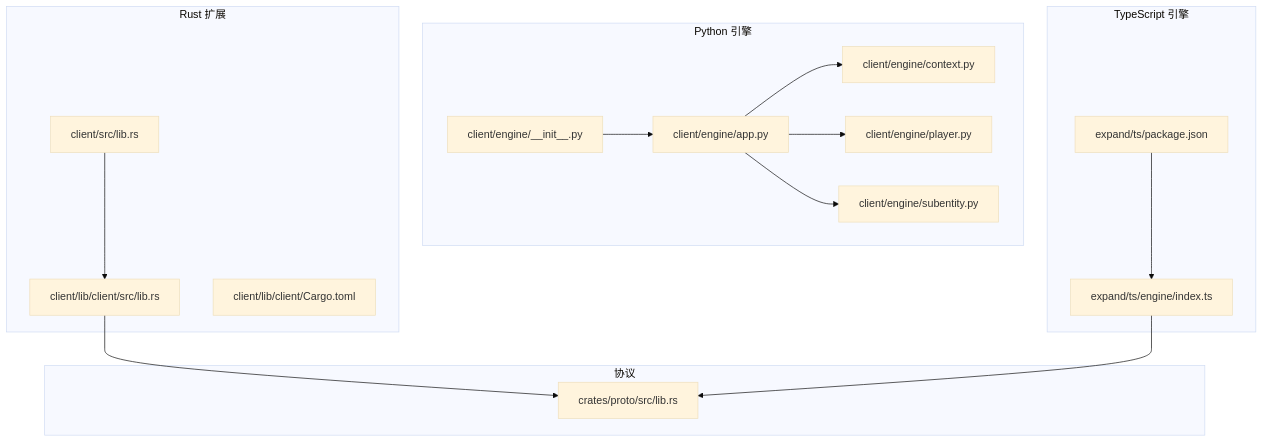
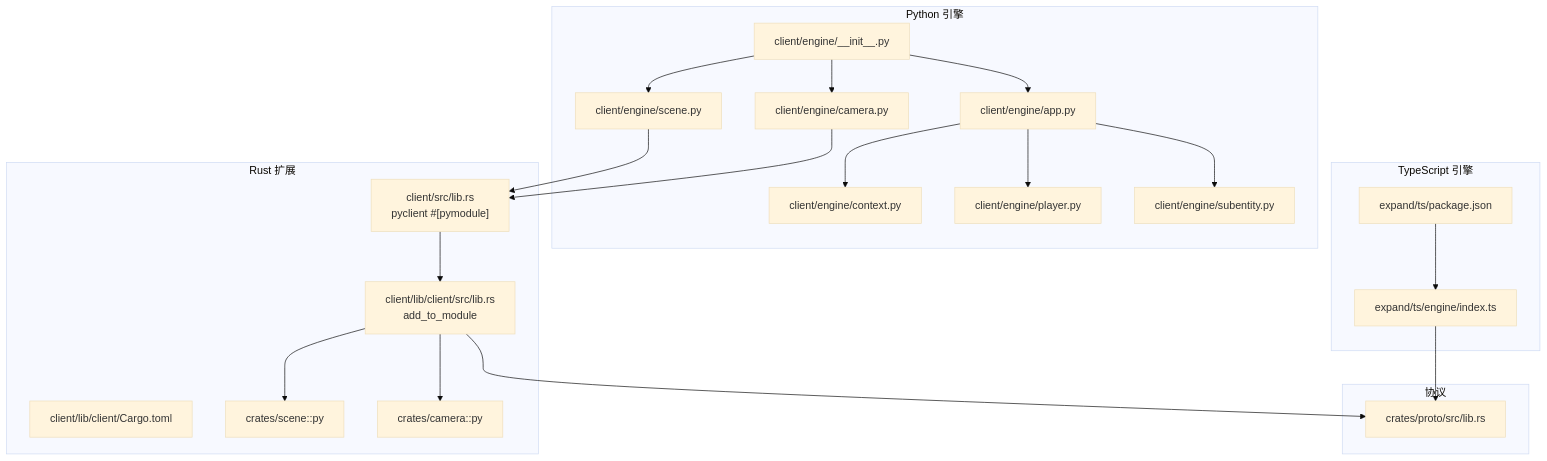
Before and after one commit to qianqians/geese: the first of 7 diagrams in .qoder/repowiki/zh/content/客户端 SDK/客户端 SDK.md, drawn with Mermaid (base theme). The commit also changed other lines of this file and 15 other files, not shown here.

````diff
--- a/.qoder/repowiki/zh/content/客户端 SDK/客户端 SDK.md
+++ b/.qoder/repowiki/zh/content/客户端 SDK/客户端 SDK.md
@@ -44,30 +54,40 @@
 ```mermaid
 graph TB
 subgraph "Rust 扩展"
-RS_LIB["client/lib/client/src/lib.rs"]
-RS_MOD["client/src/lib.rs"]
+RS_MOD["client/src/lib.rs<br/>pyclient #[pymodule]"]
+RS_LIB["client/lib/client/src/lib.rs<br/>add_to_module"]
 RS_DEPS["client/lib/client/Cargo.toml"]
+SCENE["crates/scene::py"]
+CAM["crates/camera::py"]
 end
 subgraph "Python 引擎"
 PY_APP["client/engine/app.py"]
 PY_CTX["client/engine/context.py"]
 PY_PLAYER["client/engine/player.py"]
 PY_SUB["client/engine/subentity.py"]
+PY_SCENE["client/engine/scene.py"]
+PY_CAM["client/engine/camera.py"]
 PY_INIT["client/engine/__init__.py"]
 end
 subgraph "TypeScript 引擎"
 TS_IDX["expand/ts/engine/index.ts"]
 TS_PKG["expand/ts/package.json"]
 end
 subgraph "协议"
 PROTO["crates/proto/src/lib.rs"]
 end
+RS_MOD --> RS_LIB
 RS_LIB --> PROTO
-RS_MOD --> RS_LIB
+RS_LIB --> SCENE
+RS_LIB --> CAM
 PY_APP --> PY_CTX
 PY_APP --> PY_PLAYER
 PY_APP --> PY_SUB
 PY_INIT --> PY_APP
+PY_INIT --> PY_SCENE
+PY_INIT --> PY_CAM
+PY_SCENE --> RS_MOD
+PY_CAM --> RS_MOD
 TS_IDX --> PROTO
 TS_PKG --> TS_IDX
 ```
````
